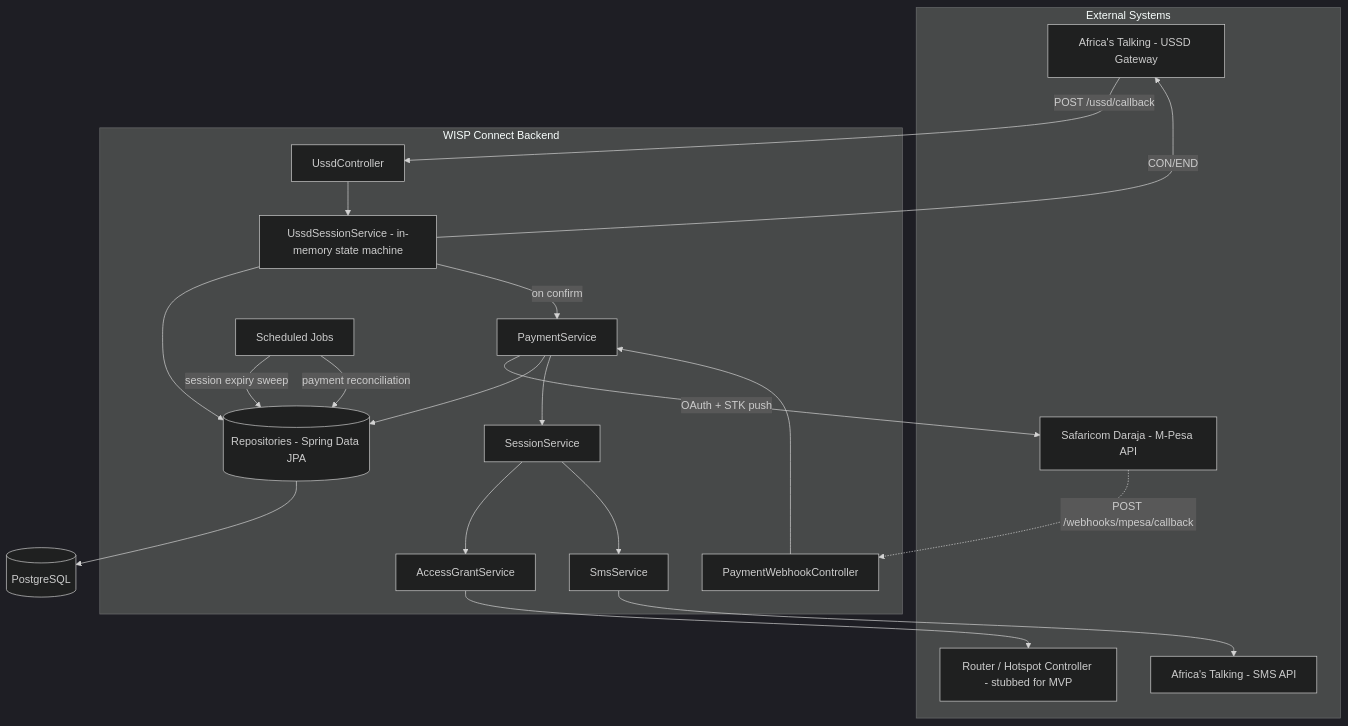
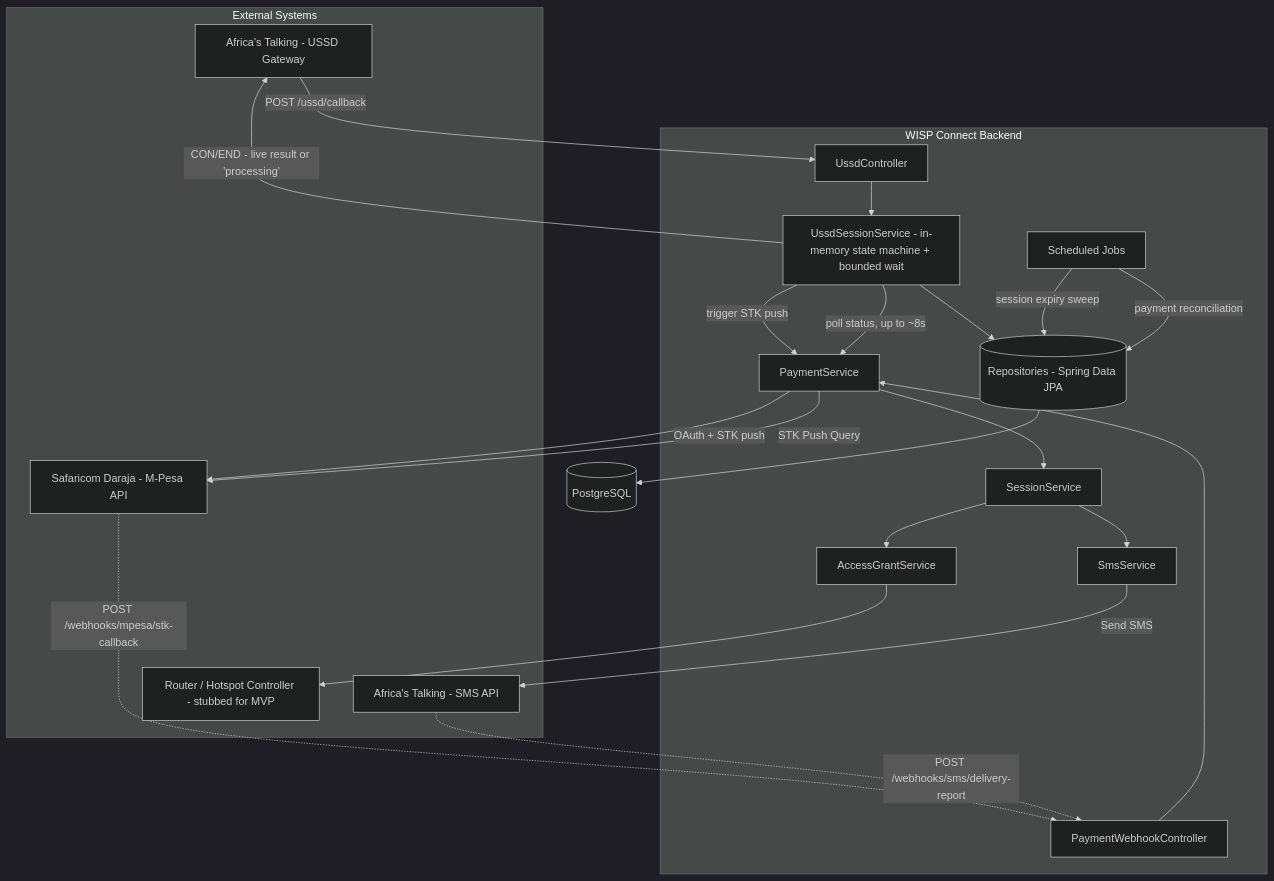
One commit to WambuiJoan-dev/WISP-CONNECT changed the diagram in docs/HLD.md. Above: the diagram before and after it, drawn with Mermaid (dark theme). The commit also changed other lines of this file, not shown here.

````diff
--- a/docs/HLD.md
+++ b/docs/HLD.md
@@ -13,45 +15,47 @@
 ```mermaid
 flowchart TD
     subgraph External Systems
         UG[Africa's Talking - USSD Gateway]
         MP[Safaricom Daraja - M-Pesa API]
         SMS[Africa's Talking - SMS API]
         RT[Router / Hotspot Controller - stubbed for MVP]
     end
 
     subgraph WISP Connect Backend
         UC[UssdController]
-        USS[UssdSessionService - in-memory state machine]
+        USS[UssdSessionService - in-memory state machine + bounded wait]
         PC[PaymentWebhookController]
         PS[PaymentService]
         SS[SessionService]
         AGS[AccessGrantService]
         SMSS[SmsService]
         SCH[Scheduled Jobs]
         REPO[(Repositories - Spring Data JPA)]
     end
 
     DB[(PostgreSQL)]
 
     UG -->|POST /ussd/callback| UC
     UC --> USS
     USS --> REPO
-    USS -->|CON/END| UG
 
-    USS -->|on confirm| PS
+    USS -->|trigger STK push| PS
     PS -->|OAuth + STK push| MP
-    PS --> REPO
+    USS -->|poll status, up to ~8s| PS
+    PS -->|STK Push Query| MP
+    USS -->|CON/END - live result or 'processing'| UG
 
-    MP -.->|POST /webhooks/mpesa/callback| PC
+    MP -.->|POST /webhooks/mpesa/stk-callback| PC
     PC --> PS
     PS --> SS
     SS --> AGS
     AGS --> RT
     SS --> SMSS
-    SMSS --> SMS
+    SMSS -->|Send SMS| SMS
+    SMS -.->|POST /webhooks/sms/delivery-report| PC
 
     SCH -->|session expiry sweep| REPO
     SCH -->|payment reconciliation| REPO
 
     REPO --> DB
 ```
````
